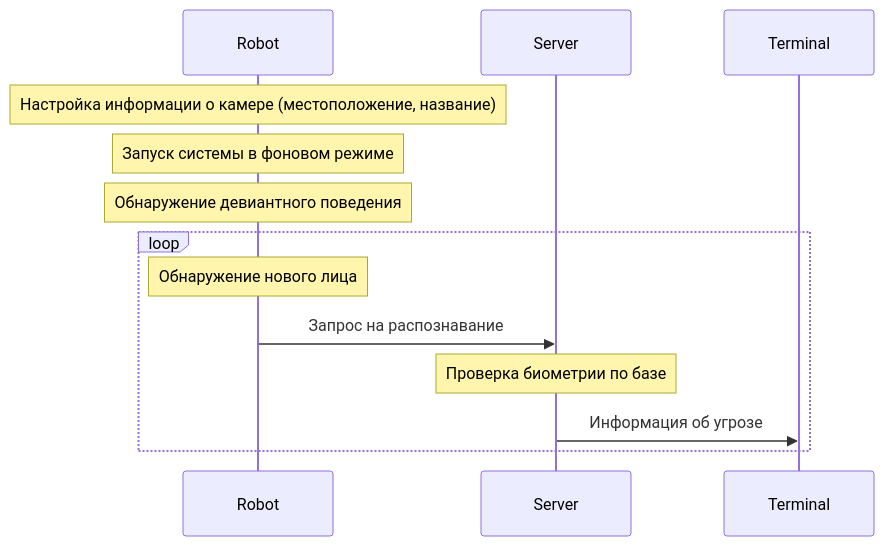
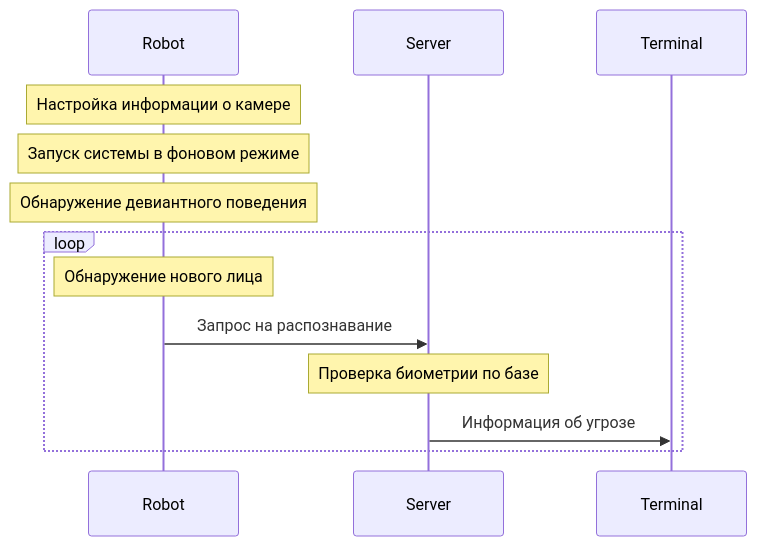
Before and after one commit to NikshetSteh/TransportationEngineers: the eighth of 11 diagrams in Docs/RU/Doc.md, drawn with Mermaid. The commit also changed other lines of this file and 2 other files, not shown here.

````diff
--- a/Docs/RU/Doc.md
+++ b/Docs/RU/Doc.md
@@ -1120,12 +1134,12 @@
 ```mermaid
 sequenceDiagram
-NOTE over Robot: Настройка информации о камере (местоположение, название)
+NOTE over Robot: Настройка информации о камере
 NOTE over Robot: Запуск системы в фоновом режиме
 NOTE over Robot: Обнаружение девиантного поведения
 loop
 NOTE over Robot: Обнаружение нового лица
 Robot ->> Server: Запрос на распознавание
 NOTE over Server: Проверка биометрии по базе
 Server ->> Terminal: Информация об угрозе
 end
 ```
````
